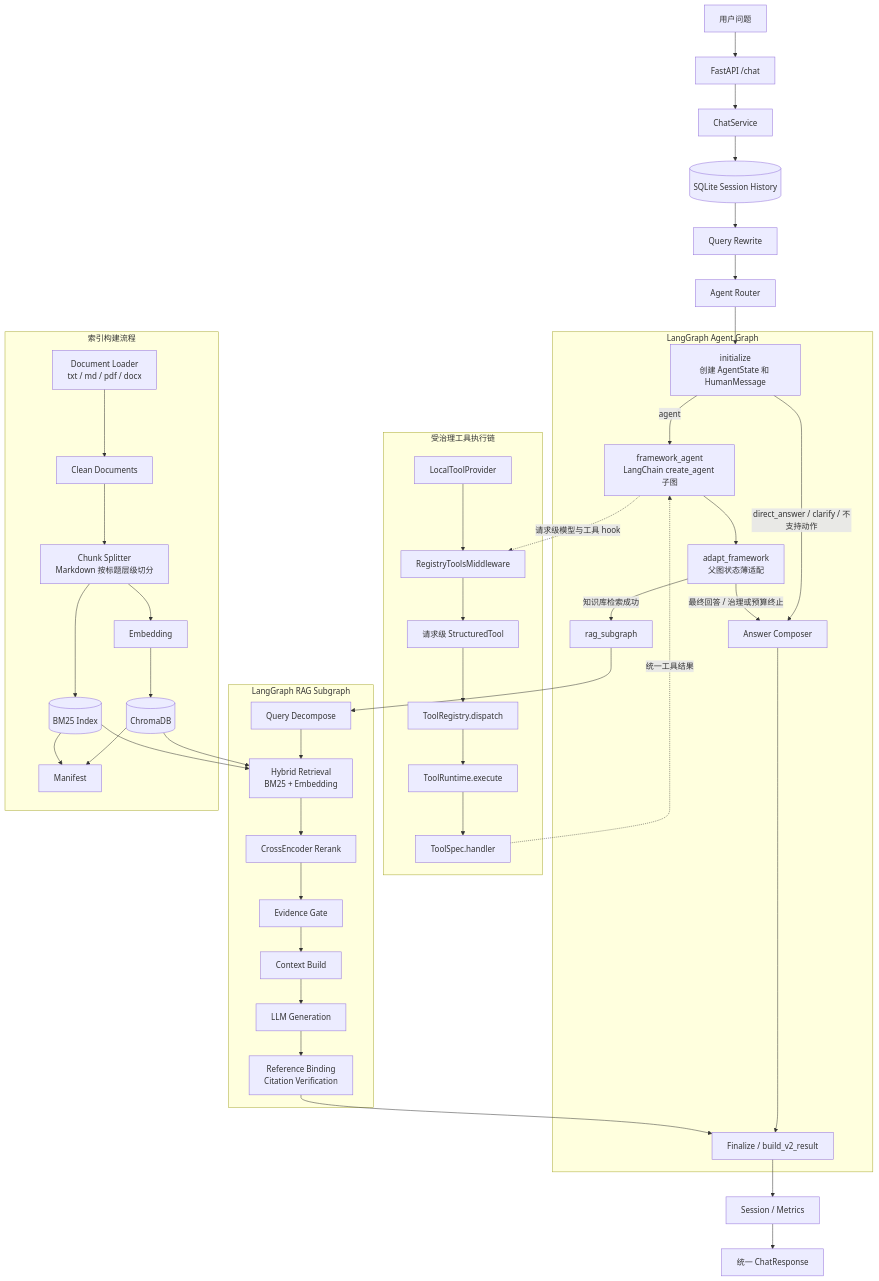
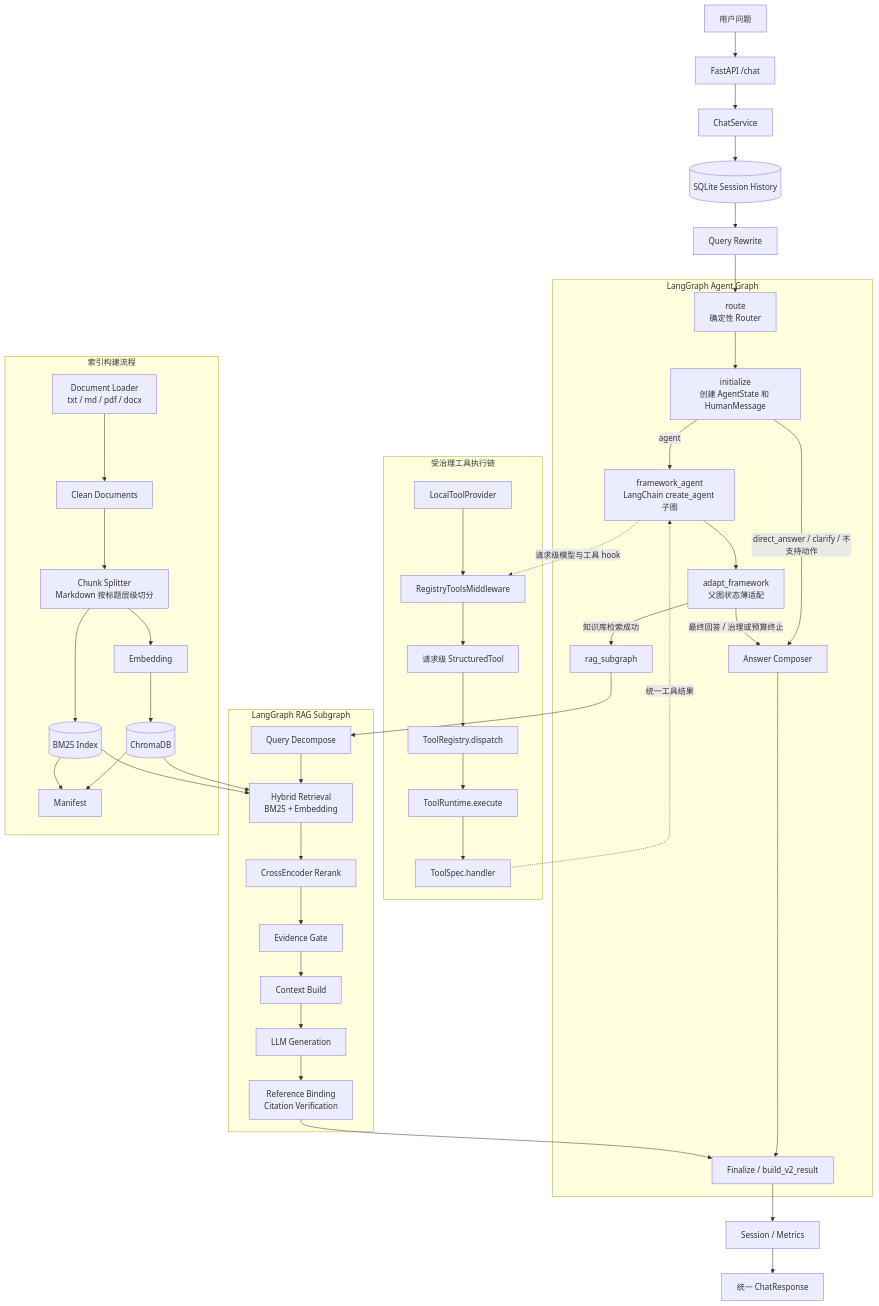
The diagram in README.md (LiBoEN123/rag-agent-qa-system), drawn with Mermaid before and after one commit. The commit also changed other lines of this file and 34 other files, not shown here.

```diff
--- a/README.md
+++ b/README.md
@@ -29,10 +29,9 @@
     API --> Service[ChatService]
     Service --> History[(SQLite Session History)]
     History --> Rewrite[Query Rewrite]
-    Rewrite --> Router[Agent Router]
-    Router --> Initialize
 
     subgraph AgentGraph[LangGraph Agent Graph]
+        Router[route<br/>确定性 Router]
         Initialize[initialize<br/>创建 AgentState 和 HumanMessage]
         FrameworkAgent[framework_agent<br/>LangChain create_agent 子图]
         FrameworkAdapt[adapt_framework<br/>父图状态薄适配]
@@ -40,6 +39,7 @@
         Composer[Answer Composer]
         Finalize[Finalize / build_v2_result]
 
+        Router --> Initialize
         Initialize -->|agent| FrameworkAgent
         Initialize -->|direct_answer / clarify / 不支持动作| Composer
 
@@ -49,6 +49,8 @@
 
         Composer --> Finalize
     end
+
+    Rewrite --> Router
 
     subgraph ToolRuntime[受治理工具执行链]
         Provider[LocalToolProvider]
```
